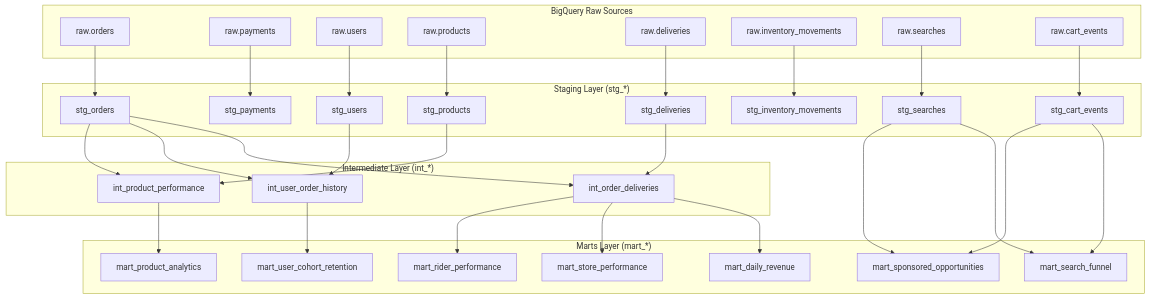
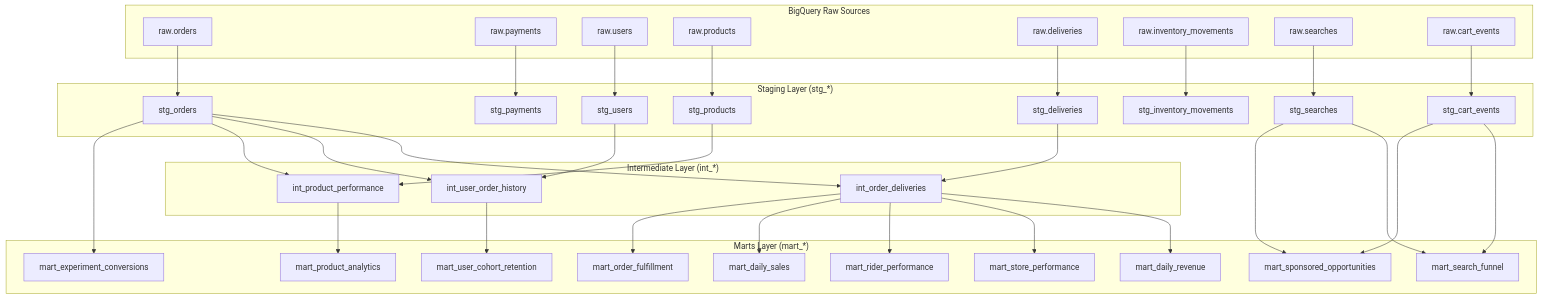
One commit to sunitakeazycommerz-a11y/InstaCommerce changed the second of 6 diagrams in data-platform/README.md. Above: the diagram before and after it, drawn with Mermaid. The commit also changed other lines of this file and 77 other files, not shown here.

First line of the commit message:
docs: reconcile monorepo architecture, services and runbooks with codebase truth

````diff
--- a/data-platform/README.md
+++ b/data-platform/README.md
@@ -158,59 +158,63 @@
 ```mermaid
 flowchart TB
     subgraph Sources["BigQuery Raw Sources"]
         orders["raw.orders"]
         payments["raw.payments"]
         users["raw.users"]
         products["raw.products"]
         deliveries["raw.deliveries"]
         inventory["raw.inventory_movements"]
         searches["raw.searches"]
         cart["raw.cart_events"]
     end
 
     subgraph Staging["Staging Layer (stg_*)"]
         stg_orders["stg_orders"]
         stg_payments["stg_payments"]
         stg_users["stg_users"]
         stg_products["stg_products"]
         stg_deliveries["stg_deliveries"]
         stg_inventory["stg_inventory_movements"]
         stg_searches["stg_searches"]
         stg_cart["stg_cart_events"]
     end
 
     subgraph Intermediate["Intermediate Layer (int_*)"]
         int_order_deliveries["int_order_deliveries"]
         int_user_history["int_user_order_history"]
         int_product_perf["int_product_performance"]
     end
 
     subgraph Marts["Marts Layer (mart_*)"]
         mart_revenue["mart_daily_revenue"]
+        mart_sales["mart_daily_sales"]
+        mart_fulfillment["mart_order_fulfillment"]
         mart_store["mart_store_performance"]
         mart_rider["mart_rider_performance"]
         mart_search["mart_search_funnel"]
         mart_product["mart_product_analytics"]
         mart_cohort["mart_user_cohort_retention"]
         mart_sponsored["mart_sponsored_opportunities"]
+        mart_experiment["mart_experiment_conversions"]
     end
 
     orders --> stg_orders
     payments --> stg_payments
     users --> stg_users
     products --> stg_products
     deliveries --> stg_deliveries
     inventory --> stg_inventory
     searches --> stg_searches
     cart --> stg_cart
 
     stg_orders & stg_deliveries --> int_order_deliveries
     stg_orders & stg_users --> int_user_history
     stg_products & stg_orders --> int_product_perf
 
-    int_order_deliveries --> mart_revenue & mart_store & mart_rider
+    int_order_deliveries --> mart_revenue & mart_store & mart_rider & mart_sales & mart_fulfillment
     int_user_history --> mart_cohort
     int_product_perf --> mart_product
     stg_searches & stg_cart --> mart_search
     stg_searches & stg_cart --> mart_sponsored
+    stg_orders --> mart_experiment
 ```
````
